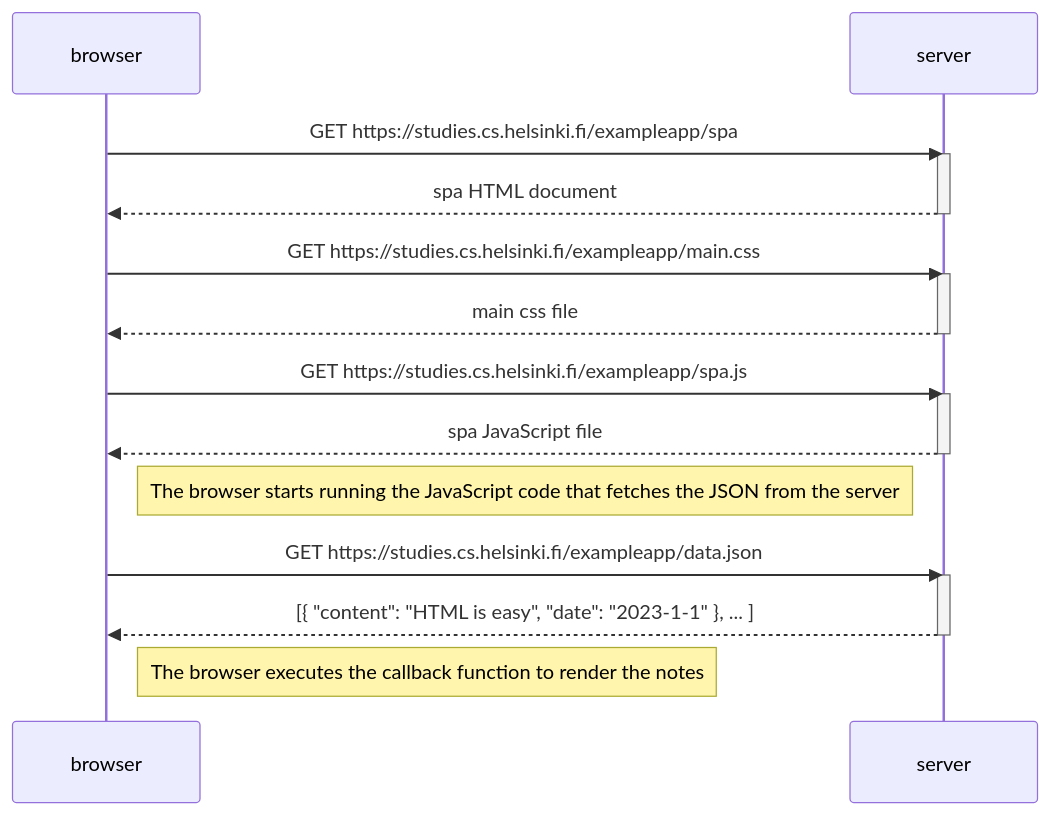
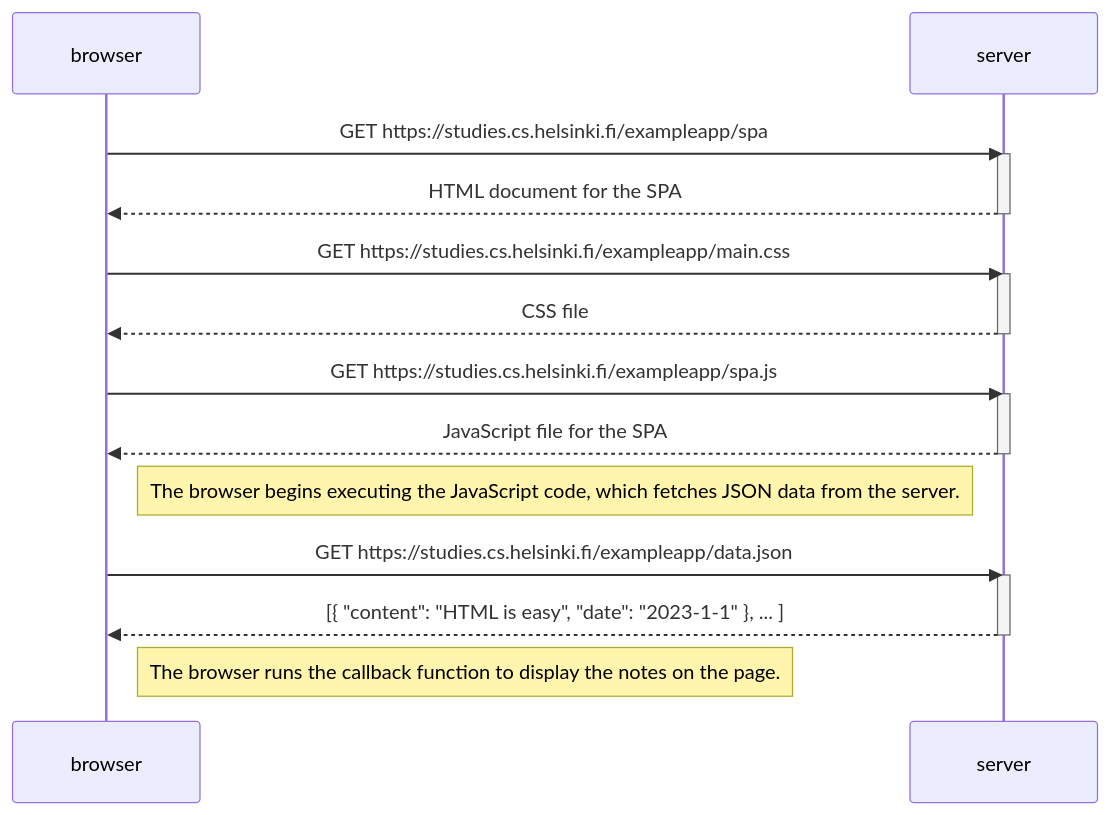
One commit to holoflash/full_stack_open changed the diagram in part_0/0.5.md. Above: the diagram before and after it, drawn with Mermaid. The commit also changed 2 other files, not shown here.

Commit message:
Improve solutions

````diff
--- a/part_0/0.5.md
+++ b/part_0/0.5.md
@@ -1,29 +1,29 @@
 ```mermaid
 sequenceDiagram
     participant browser
     participant server
 
     browser->>server: GET https://studies.cs.helsinki.fi/exampleapp/spa
     activate server
-    server-->>browser: spa HTML document
+    server-->>browser: HTML document for the SPA
     deactivate server
 
     browser->>server: GET https://studies.cs.helsinki.fi/exampleapp/main.css
     activate server
-    server-->>browser: main css file
+    server-->>browser: CSS file
     deactivate server
 
     browser->>server: GET https://studies.cs.helsinki.fi/exampleapp/spa.js
     activate server
-    server-->>browser: spa JavaScript file
+    server-->>browser: JavaScript file for the SPA
     deactivate server
 
-    Note right of browser: The browser starts running the JavaScript code that fetches the JSON from the server
+    Note right of browser: The browser begins executing the JavaScript code, which fetches JSON data from the server.
 
     browser->>server: GET https://studies.cs.helsinki.fi/exampleapp/data.json
     activate server
     server-->>browser: [{ "content": "HTML is easy", "date": "2023-1-1" }, ... ]
     deactivate server
 
-    Note right of browser: The browser executes the callback function to render the notes
+    Note right of browser: The browser runs the callback function to display the notes on the page.
 ```
````
